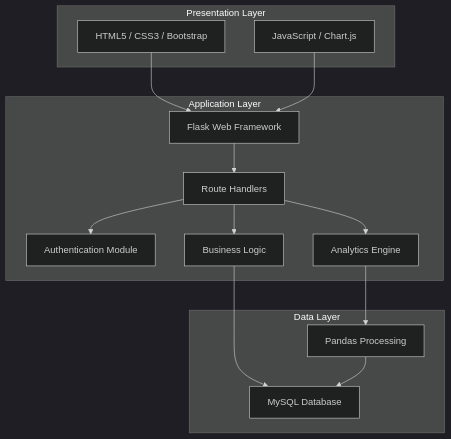
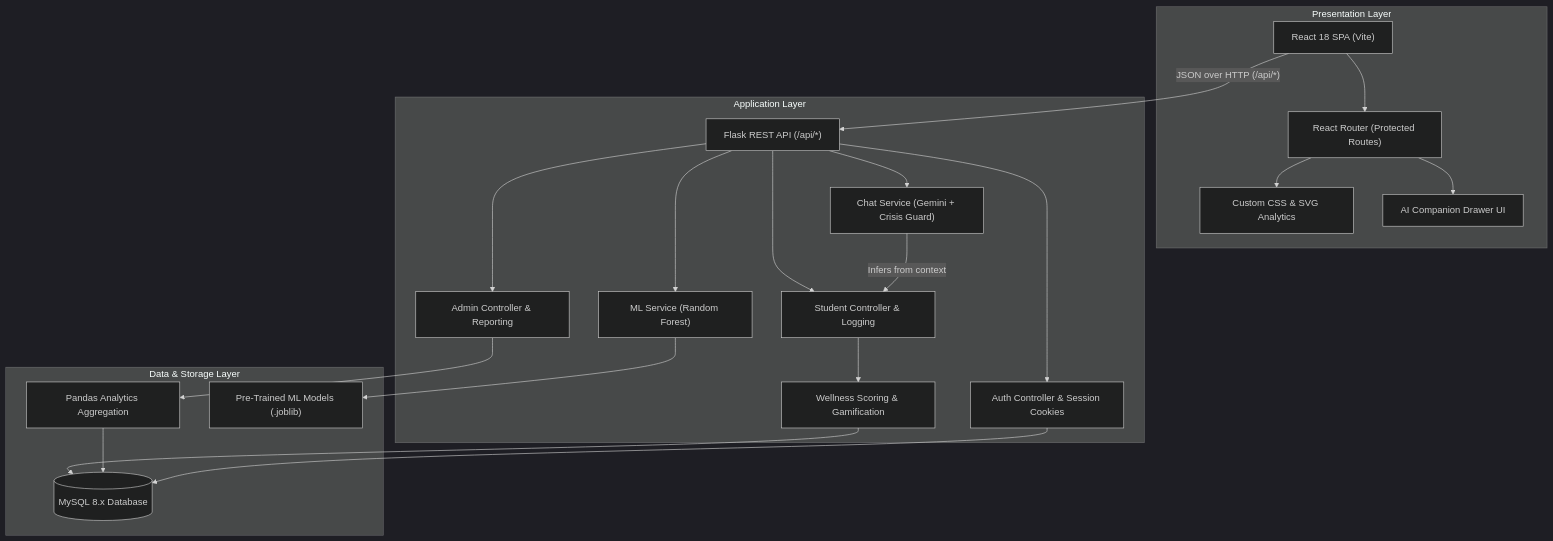
The fifth of 8 diagrams in PROJECT_VISION.md (goxxie08/Wellvia), drawn with Mermaid (dark theme) before and after one commit. The commit also changed other lines of this file and 2 other files, not shown here.

````diff
--- a/PROJECT_VISION.md
+++ b/PROJECT_VISION.md
@@ -645,30 +654,44 @@
 ```mermaid
 graph TB
     subgraph Presentation Layer
-        HTML["HTML5 / CSS3 / Bootstrap"]
-        JS["JavaScript / Chart.js"]
+        REACT["React 18 SPA (Vite)"]
+        ROUTER["React Router (Protected Routes)"]
+        UI["Custom CSS & SVG Analytics"]
+        DRAWER["AI Companion Drawer UI"]
     end
 
     subgraph Application Layer
-        FLASK["Flask Web Framework"]
-        ROUTES["Route Handlers"]
-        AUTH["Authentication Module"]
-        BL["Business Logic"]
-        ANALYTICS["Analytics Engine"]
+        FLASK["Flask REST API (/api/*)"]
+        AUTH["Auth Controller & Session Cookies"]
+        STUDENT["Student Controller & Logging"]
+        ADMIN["Admin Controller & Reporting"]
+        CHAT["Chat Service (Gemini + Crisis Guard)"]
+        ML["ML Service (Random Forest)"]
+        SCORE["Wellness Scoring & Gamification"]
     end
 
-    subgraph Data Layer
-        MYSQL["MySQL Database"]
-        PANDAS["Pandas Processing"]
+    subgraph Data & Storage Layer
+        MYSQL[("MySQL 8.x Database")]
+        PANDAS["Pandas Analytics Aggregation"]
+        ARTIFACTS["Pre-Trained ML Models (.joblib)"]
     end
 
-    HTML --> FLASK
-    JS --> FLASK
-    FLASK --> ROUTES
-    ROUTES --> AUTH
-    ROUTES --> BL
-    ROUTES --> ANALYTICS
-    BL --> MYSQL
-    ANALYTICS --> PANDAS
+    REACT --> ROUTER
+    ROUTER --> UI
+    ROUTER --> DRAWER
+    REACT -->|"JSON over HTTP (/api/*)"| FLASK
+
+    FLASK --> AUTH
+    FLASK --> STUDENT
+    FLASK --> ADMIN
+    FLASK --> CHAT
+    FLASK --> ML
+
+    STUDENT --> SCORE
+    ADMIN --> PANDAS
+    CHAT -->|"Infers from context"| STUDENT
+    ML --> ARTIFACTS
+    SCORE --> MYSQL
     PANDAS --> MYSQL
+    AUTH --> MYSQL
 ```
````
